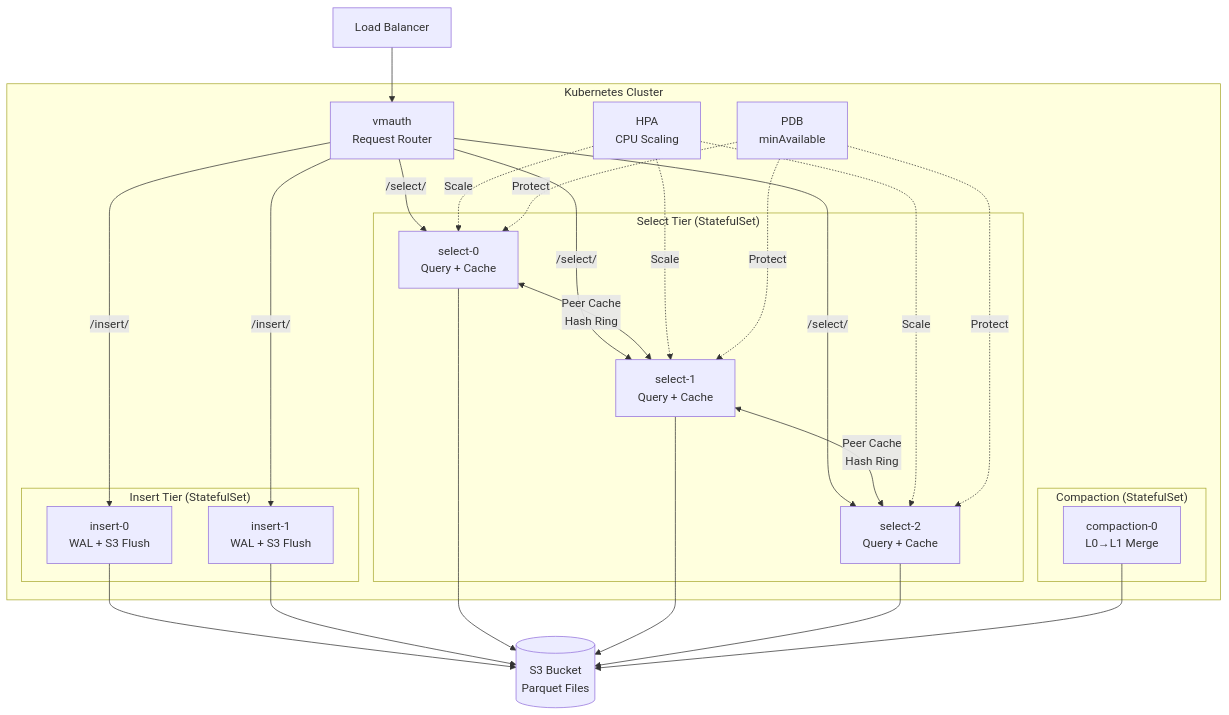
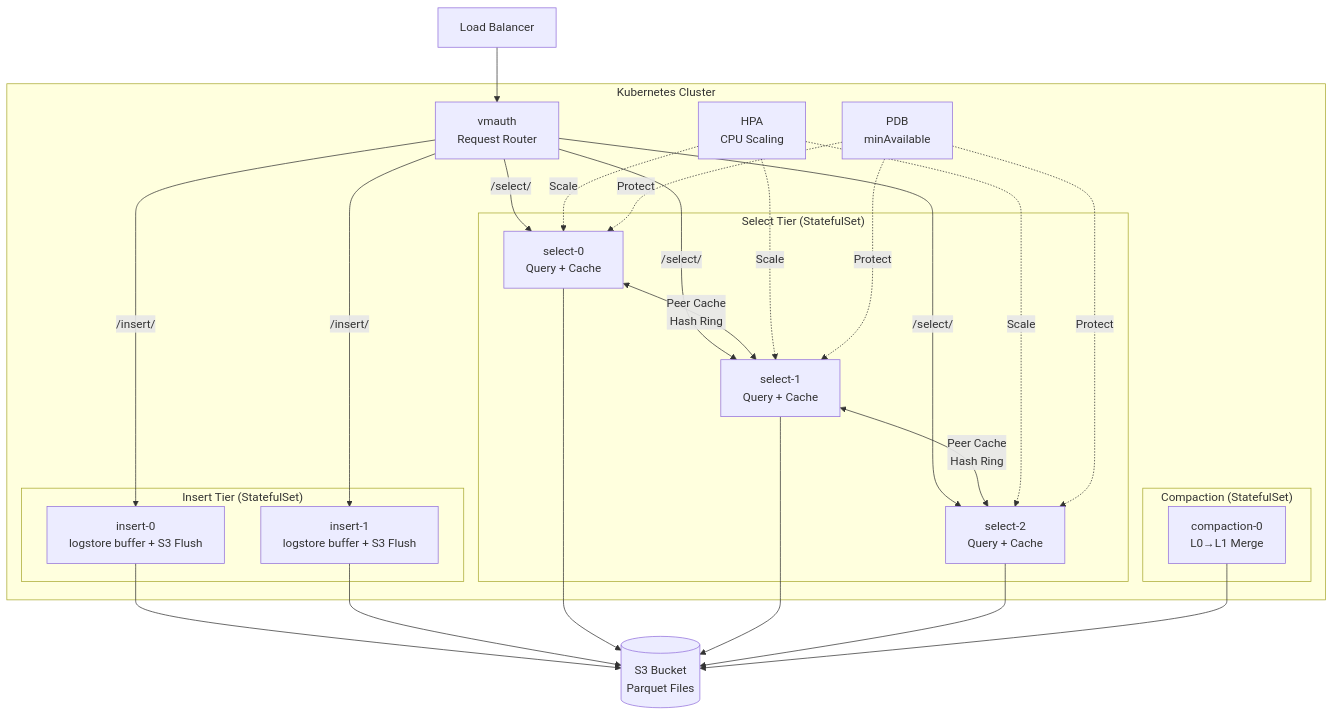
Before and after one commit to ReliablyObserve/victoria-lakehouse: the sixth of 8 diagrams in docs/architecture-overview.md, drawn with Mermaid. The commit also changed other lines of this file and 4 other files, not shown here.

First line of the commit message:
docs: complete WAL purge — getting-started, architecture-overview, scaling, configuration

````diff
--- a/docs/architecture-overview.md
+++ b/docs/architecture-overview.md
@@ -250,37 +250,37 @@
 ```mermaid
 graph TB
     subgraph "Kubernetes Cluster"
         subgraph "Insert Tier (StatefulSet)"
-            I1[insert-0<br/>WAL + S3 Flush]
-            I2[insert-1<br/>WAL + S3 Flush]
+            I1[insert-0<br/>logstore buffer + S3 Flush]
+            I2[insert-1<br/>logstore buffer + S3 Flush]
         end
 
         subgraph "Select Tier (StatefulSet)"
             S1[select-0<br/>Query + Cache]
             S2[select-1<br/>Query + Cache]
             S3S[select-2<br/>Query + Cache]
         end
 
         subgraph "Compaction (StatefulSet)"
             C1[compaction-0<br/>L0→L1 Merge]
         end
 
         VMAUTH[vmauth<br/>Request Router]
         HPA1[HPA<br/>CPU Scaling]
         PDB1[PDB<br/>minAvailable]
     end
 
     LB[Load Balancer] --> VMAUTH
     VMAUTH -->|/insert/| I1 & I2
     VMAUTH -->|/select/| S1 & S2 & S3S
 
     S1 <-->|Peer Cache<br/>Hash Ring| S2
     S2 <-->|Peer Cache<br/>Hash Ring| S3S
 
     I1 & I2 --> S3B[(S3 Bucket<br/>Parquet Files)]
     S1 & S2 & S3S --> S3B
     C1 --> S3B
 
     HPA1 -.->|Scale| S1 & S2 & S3S
     PDB1 -.->|Protect| S1 & S2 & S3S
 ```
````
